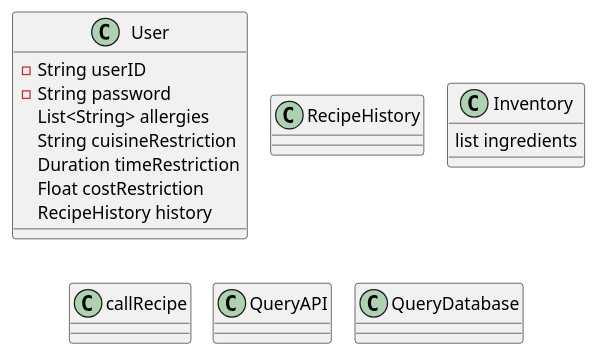
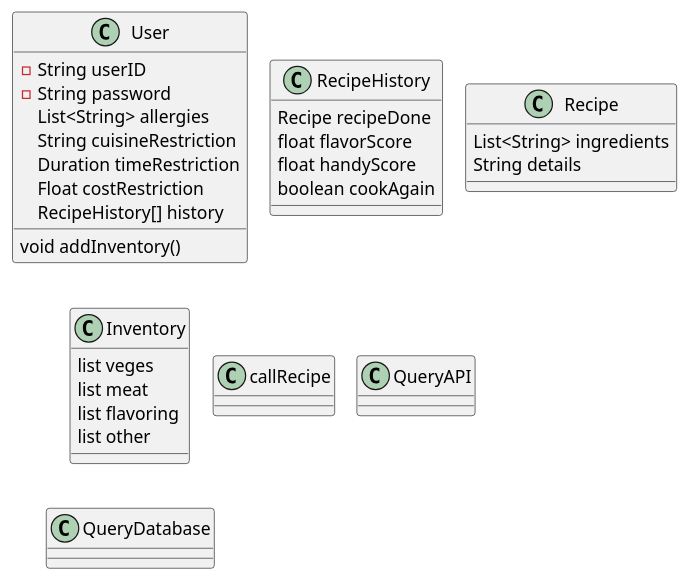
One commit to JohnZHANGFZ/207_group_project changed the diagram in Project UML.puml. Above: the diagram before and after it, drawn with PlantUML.

Commit message:
add some instance variables and methods to RecipeHistory, Recipe, and Inventory

```diff
--- a/Project UML.puml
+++ b/Project UML.puml
@@ -1,33 +1,46 @@
 @startuml
 !pragma layout smetana
 'https://plantuml.com/sequence-diagram
 
 class User {
 -String userID
 -String password
 List<String> allergies
 String cuisineRestriction
 Duration timeRestriction
 Float costRestriction
-RecipeHistory history
+RecipeHistory[] history
+
+void addInventory()
+
 }
 
 class RecipeHistory{
+Recipe recipeDone
+float flavorScore
+float handyScore
+boolean cookAgain
+}
 
+class Recipe{
+List<String> ingredients
+String details
 }
 
 class Inventory {
-list ingredients
-
+list veges
+list meat
+list flavoring
+list other
 }
 
 class callRecipe {
 }
 
 class QueryAPI {
 }
 
 class QueryDatabase {
 }
 
 @enduml
```
